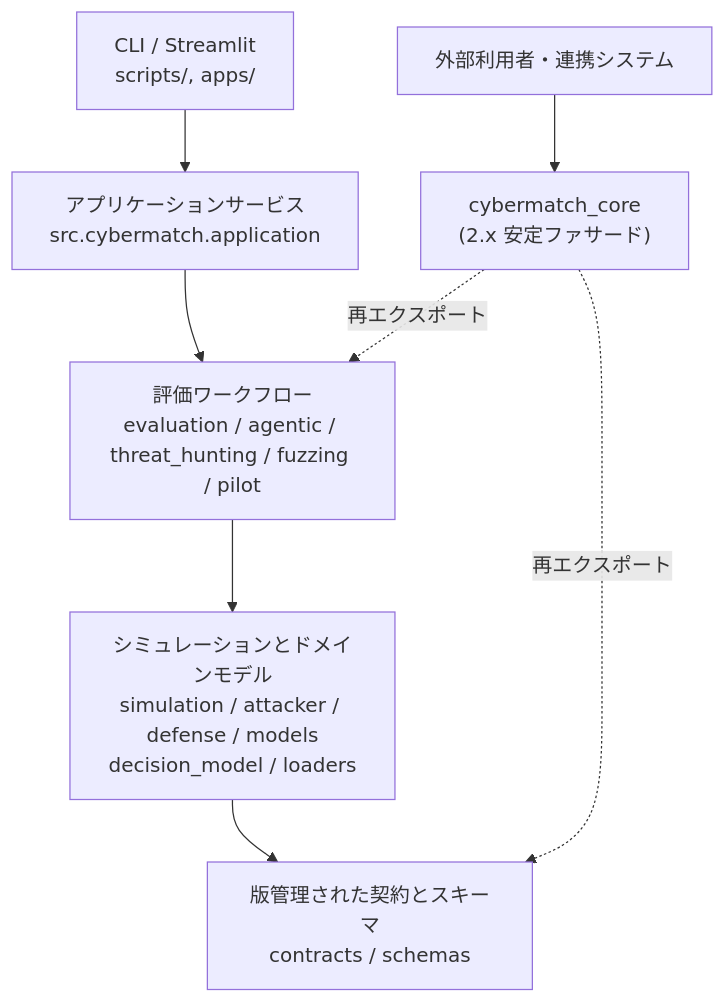
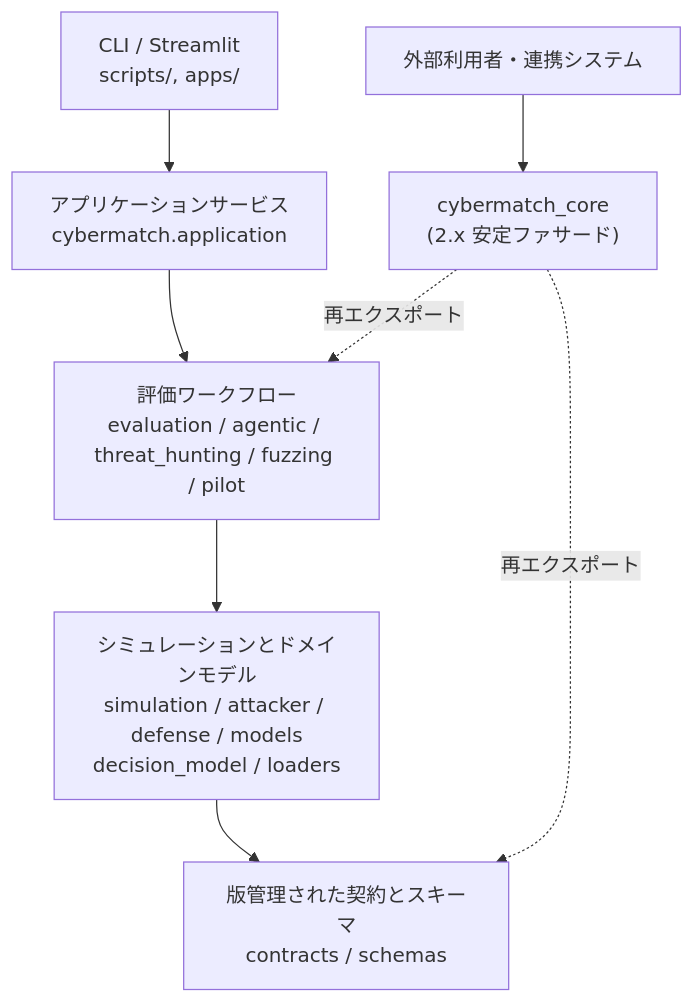
The first of 3 diagrams in docs/05_architecture.md (buildko89/cybermatch-framework), drawn with Mermaid before and after one commit. The commit also changed other lines of this file and 243 other files, not shown here.

First line of the commit message:
refactor!: rename the implementation package from src.cybermatch to cybermatch

````diff
--- a/docs/05_architecture.md
+++ b/docs/05_architecture.md
@@ -8,10 +8,10 @@
 ```mermaid
 flowchart TD
-    UI["CLI / Streamlit<br/>scripts/, apps/"] --> APP["アプリケーションサービス<br/>src.cybermatch.application"]
+    UI["CLI / Streamlit<br/>scripts/, apps/"] --> APP["アプリケーションサービス<br/>cybermatch.application"]
     APP --> WF["評価ワークフロー<br/>evaluation / agentic / threat_hunting / fuzzing / pilot"]
     WF --> DOM["シミュレーションとドメインモデル<br/>simulation / attacker / defense / models<br/>decision_model / loaders"]
     DOM --> CON["版管理された契約とスキーマ<br/>contracts / schemas"]
     FAC["cybermatch_core<br/>(2.x 安定ファサード)"] -.再エクスポート.-> WF
     FAC -.再エクスポート.-> CON
     EXT["外部利用者・連携システム"] --> FAC
 ```
````
